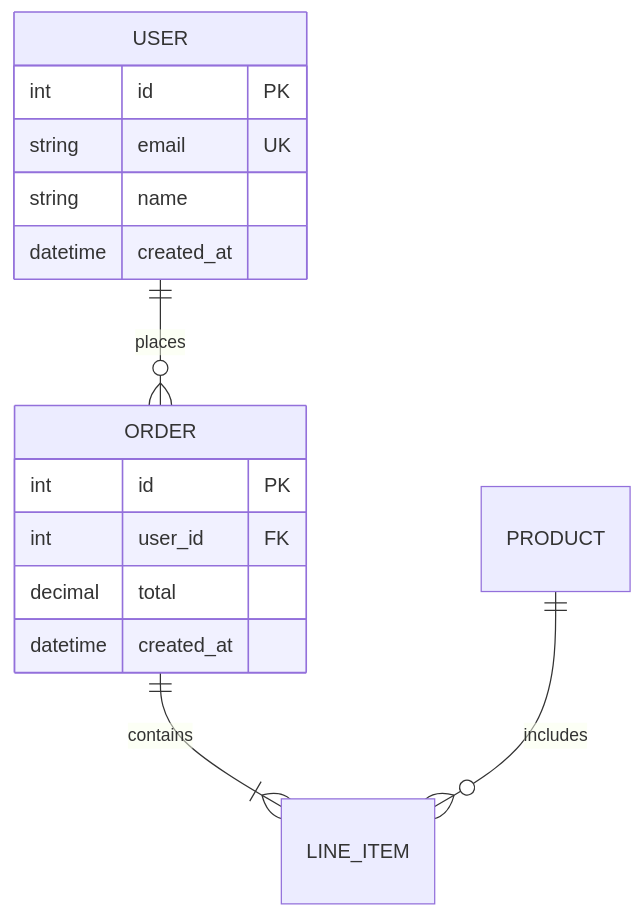
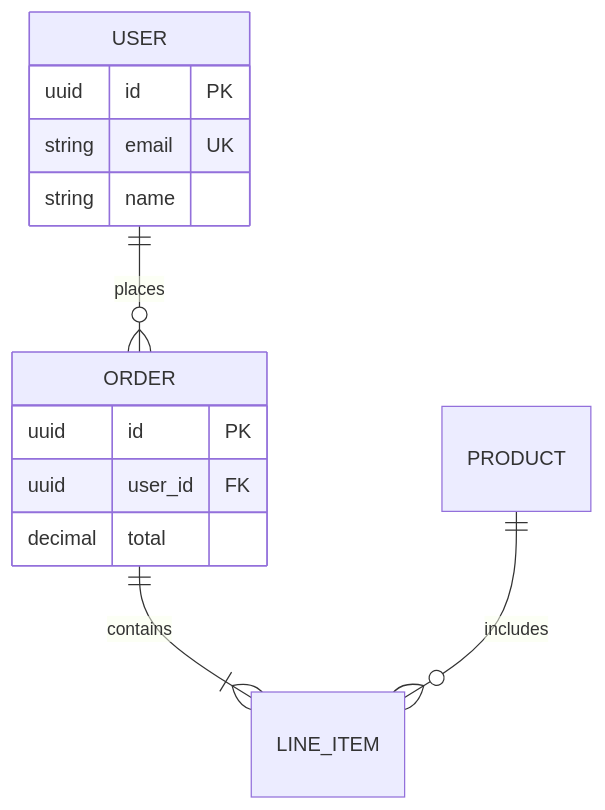
One commit to pascalandy/dotfiles changed the fifth of 9 diagrams in dot_config/ai_templates/skills/utils/mermaid/SKILL.md. Above: the diagram before and after it, drawn with Mermaid. The commit also changed other lines of this file and 3 other files, not shown here.

First line of the commit message:
♻️ refactor: mermaid skill with consolidated content

````diff
--- a/dot_config/ai_templates/skills/utils/mermaid/SKILL.md
+++ b/dot_config/ai_templates/skills/utils/mermaid/SKILL.md
@@ -115,20 +138,18 @@
 ```mermaid
 erDiagram
     USER ||--o{ ORDER : places
     ORDER ||--|{ LINE_ITEM : contains
     PRODUCT ||--o{ LINE_ITEM : includes
 
     USER {
-        int id PK
+        uuid id PK
         string email UK
         string name
-        datetime created_at
     }
 
     ORDER {
-        int id PK
-        int user_id FK
+        uuid id PK
+        uuid user_id FK
         decimal total
-        datetime created_at
     }
 ```
````
